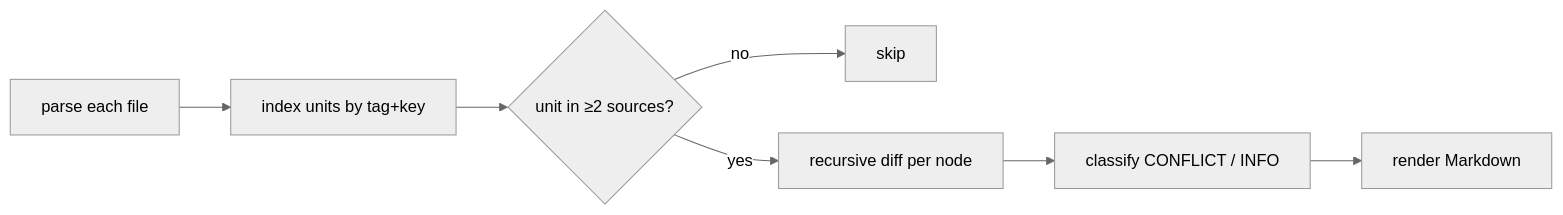
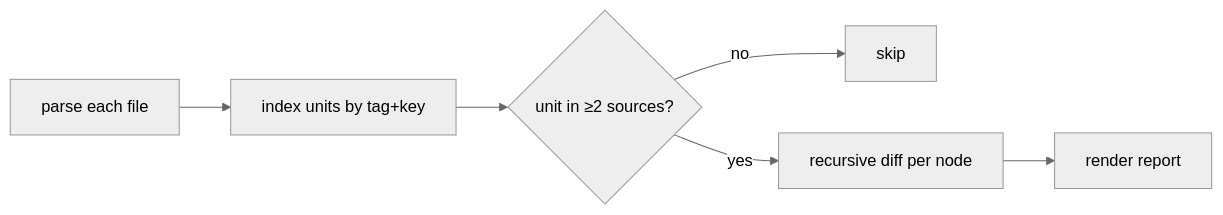
The diagram in docs/guide/how-it-works.md (bilouro/xmldiffreport), drawn with Mermaid (neutral theme) before and after one commit. The commit also changed other lines of this file and 36 other files, not shown here.

````diff
--- a/docs/guide/how-it-works.md
+++ b/docs/guide/how-it-works.md
@@ -15,9 +15,8 @@
 ```mermaid
 flowchart LR
   A[parse each file] --> B[index units by tag+key]
   B --> C{unit in ≥2 sources?}
   C -- no --> X[skip]
   C -- yes --> D[recursive diff per node]
-  D --> E[classify CONFLICT / INFO]
-  E --> F[render Markdown]
+  D --> F[render report]
 ```
````
